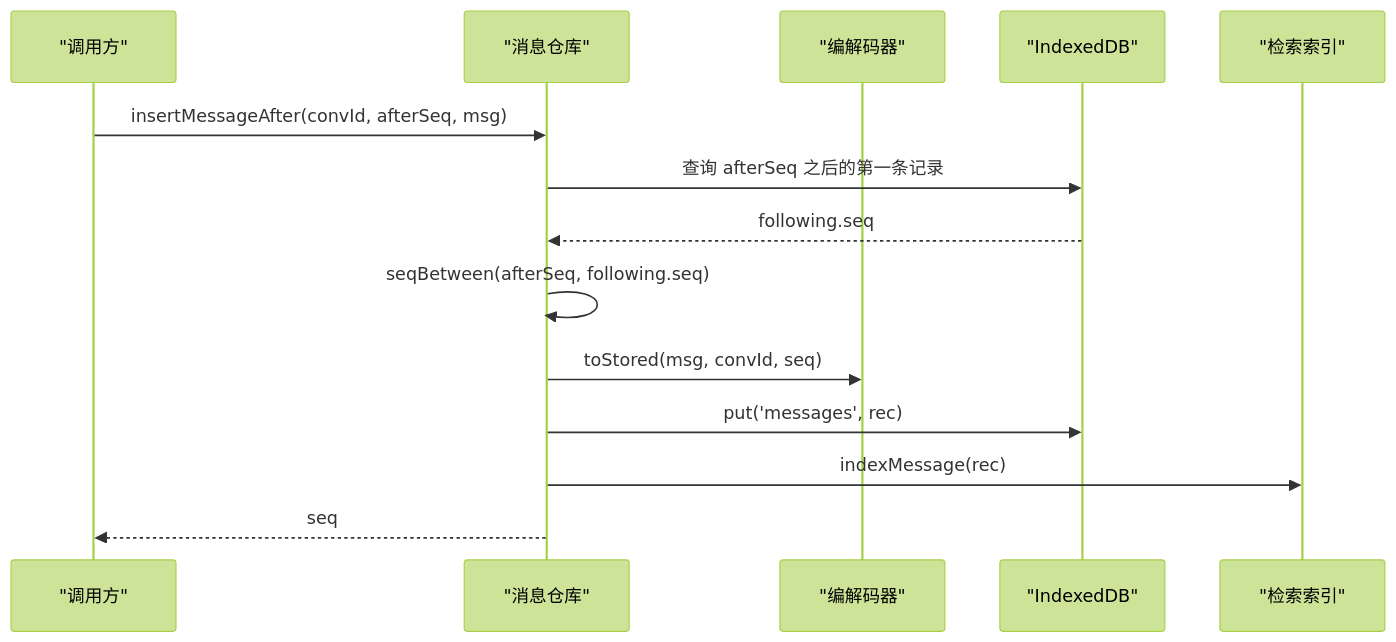
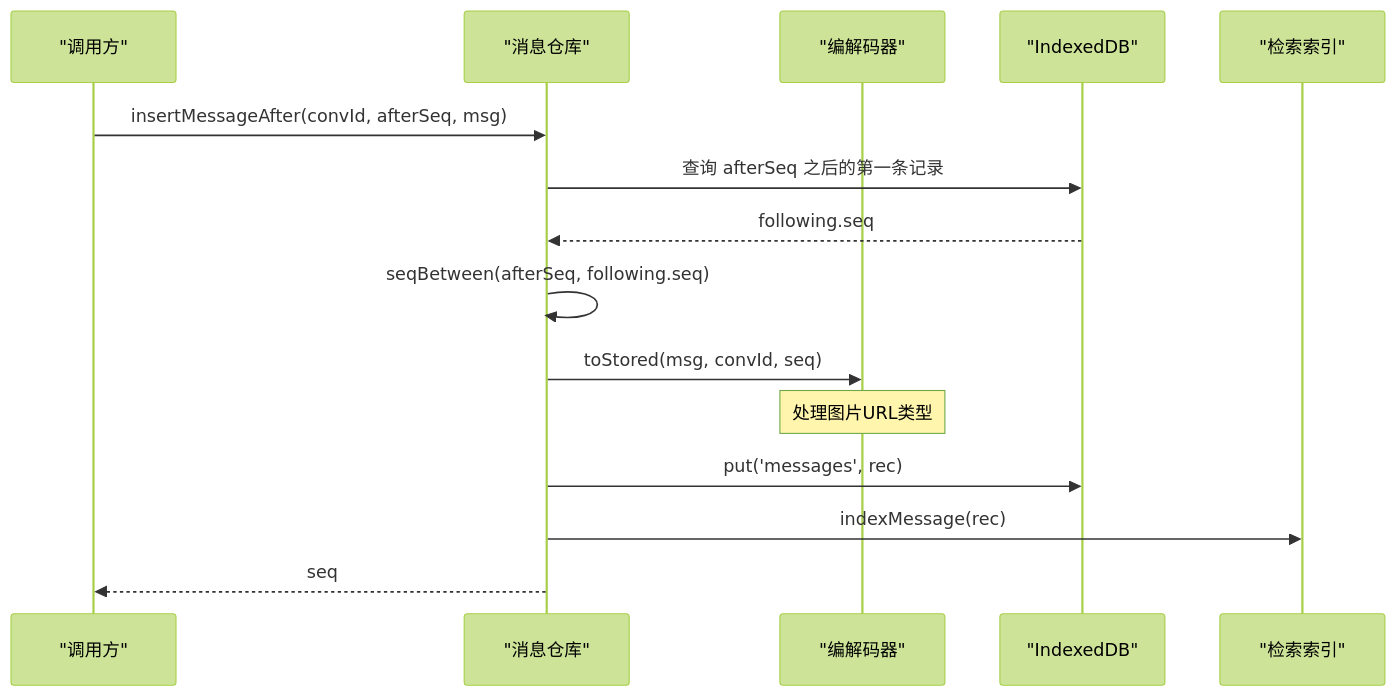
Before and after one commit to billye220670/AIShop: the fourth of 11 diagrams in .qoder/repowiki/zh/content/数据持久化/数据库层/消息仓库.md, drawn with Mermaid (forest theme). The commit also changed other lines of this file and 40 other files, not shown here.

````diff
--- a/.qoder/repowiki/zh/content/数据持久化/数据库层/消息仓库.md
+++ b/.qoder/repowiki/zh/content/数据持久化/数据库层/消息仓库.md
@@ -147,16 +166,17 @@
 ```mermaid
 sequenceDiagram
 participant Caller as "调用方"
 participant Repo as "消息仓库"
 participant Codec as "编解码器"
 participant DB as "IndexedDB"
 participant Index as "检索索引"
 Caller->>Repo : insertMessageAfter(convId, afterSeq, msg)
 Repo->>DB : 查询 afterSeq 之后的第一条记录
 DB-->>Repo : following.seq
 Repo->>Repo : seqBetween(afterSeq, following.seq)
 Repo->>Codec : toStored(msg, convId, seq)
+Note over Codec : 处理图片URL类型
 Repo->>DB : put('messages', rec)
 Repo->>Index : indexMessage(rec)
 Repo-->>Caller : seq
 ```
````
